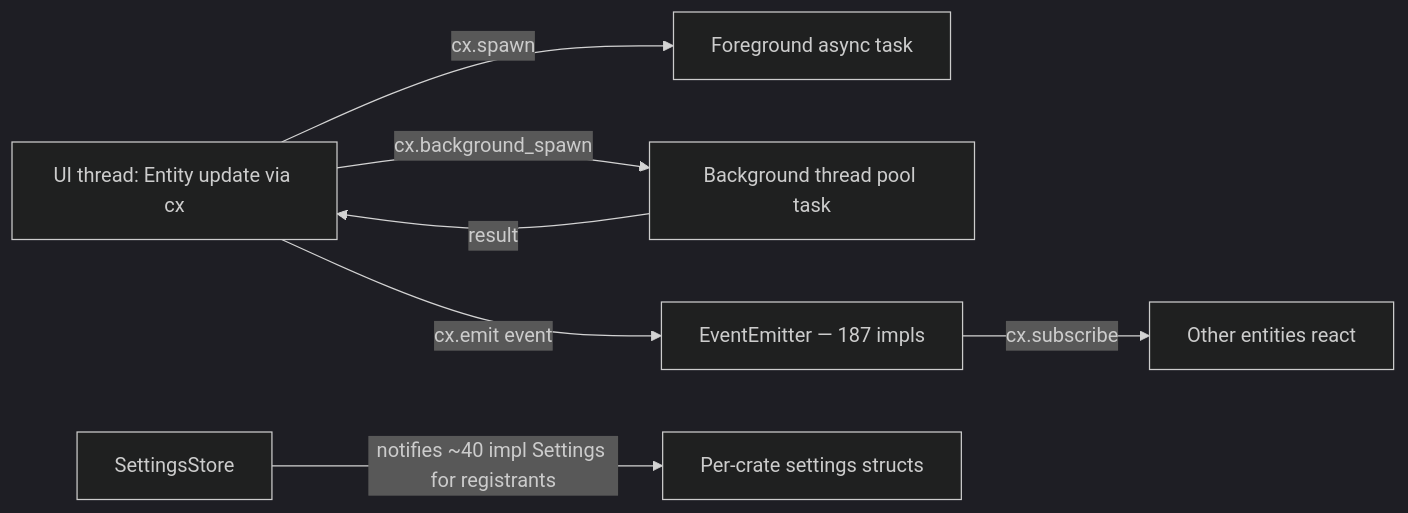
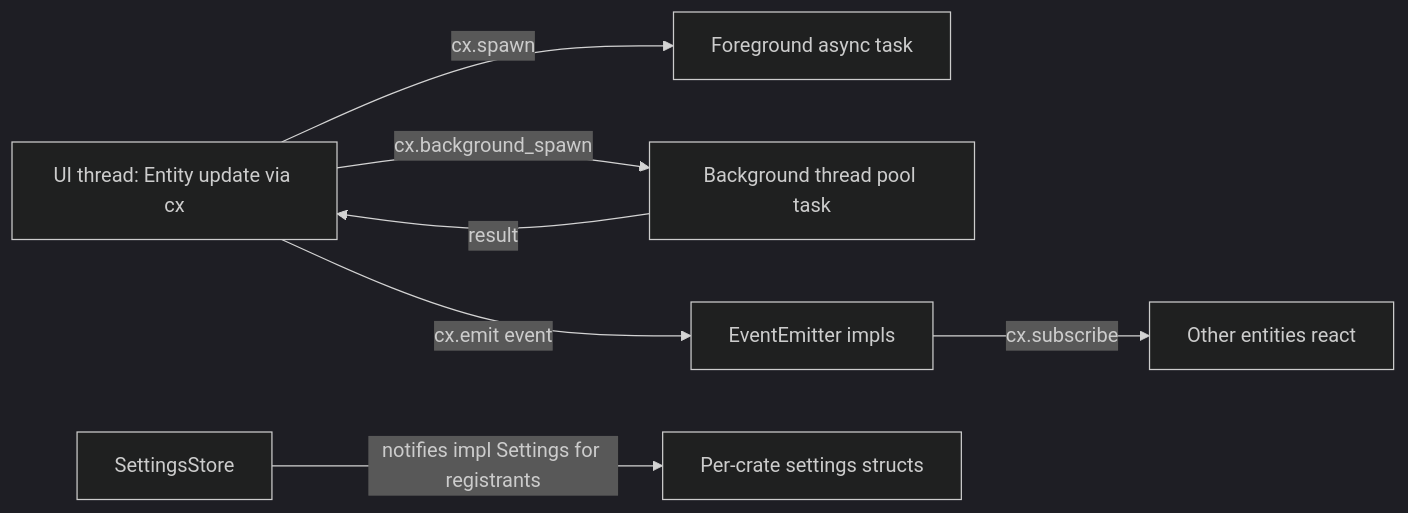
Before and after one commit to tgiap04/zode: the second of 3 diagrams in docs/system/architecture.md, drawn with Mermaid (dark theme). The commit also changed other lines of this file and 3 other files, not shown here.

First line of the commit message:
docs(system): rewrite overview, architecture, business-rules, permissions

````diff
--- a/docs/system/architecture.md
+++ b/docs/system/architecture.md
@@ -169,9 +132,9 @@
 ```mermaid
 graph LR
     A[UI thread: Entity update via cx] -->|cx.spawn| B[Foreground async task]
     A -->|cx.background_spawn| C[Background thread pool task]
     C -->|result| A
-    A -->|cx.emit event| D[EventEmitter — 187 impls]
+    A -->|cx.emit event| D[EventEmitter impls]
     D -->|cx.subscribe| E[Other entities react]
-    F[SettingsStore] -->|notifies ~40 impl Settings for registrants| G[Per-crate settings structs]
+    F[SettingsStore] -->|notifies impl Settings for registrants| G[Per-crate settings structs]
 ```
````
